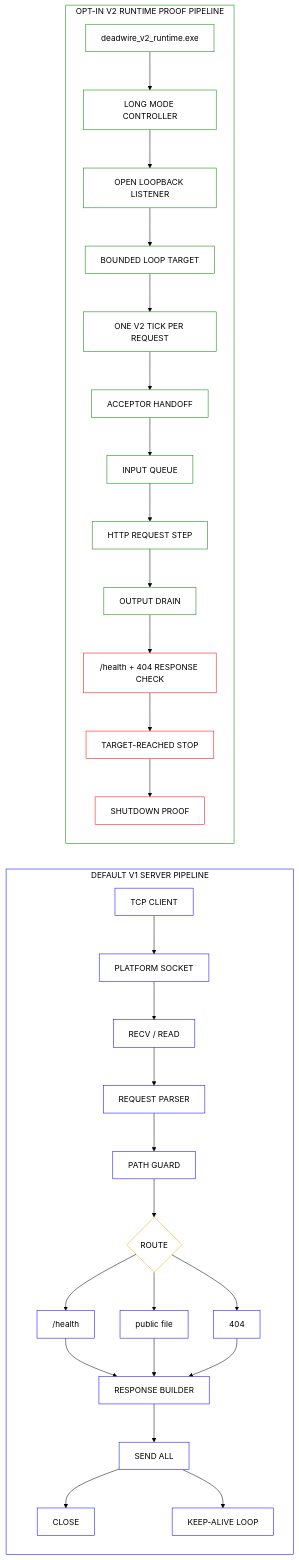
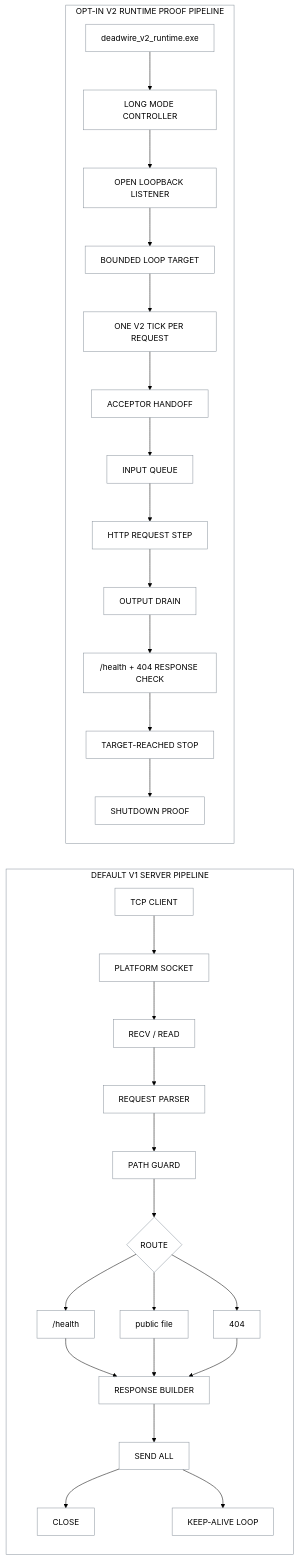
One commit to Deadbytes101/DEADWIRE-HTTPD changed the diagram in README.md. Above: the diagram before and after it, drawn with Mermaid (forest theme). The commit also changed 1 other file, not shown here.

Commit message:
v2 static response probe
* test: add v2 css response probe

* docs: make pipeline diagram transparent

````diff
--- a/README.md
+++ b/README.md
@@ -35,44 +35,43 @@
 ```mermaid
 flowchart LR
     subgraph V1["DEFAULT V1 SERVER PIPELINE"]
         CLIENT["TCP CLIENT"] --> SOCKET["PLATFORM SOCKET"]
         SOCKET --> RECV["RECV / READ"]
         RECV --> PARSE["REQUEST PARSER"]
         PARSE --> GUARD["PATH GUARD"]
         GUARD --> ROUTE{"ROUTE"}
         ROUTE --> HEALTH["/health"]
         ROUTE --> STATIC["public file"]
         ROUTE --> MISS["404"]
         HEALTH --> RESPONSE["RESPONSE BUILDER"]
         STATIC --> RESPONSE
         MISS --> RESPONSE
         RESPONSE --> SEND["SEND ALL"]
         SEND --> CLOSE["CLOSE"]
         SEND --> LOOP["KEEP-ALIVE LOOP"]
     end
 
     subgraph V2["OPT-IN V2 RUNTIME PROOF PIPELINE"]
         V2BOOT["deadwire_v2_runtime.exe"] --> V2LONG["LONG MODE CONTROLLER"]
         V2LONG --> V2LIVE["OPEN LOOPBACK LISTENER"]
         V2LIVE --> V2COUNT["BOUNDED LOOP TARGET"]
         V2COUNT --> V2TICK["ONE V2 TICK PER REQUEST"]
         V2TICK --> V2ACCEPT["ACCEPTOR HANDOFF"]
         V2ACCEPT --> V2QUEUE["INPUT QUEUE"]
         V2QUEUE --> V2HTTP["HTTP REQUEST STEP"]
         V2HTTP --> V2OUT["OUTPUT DRAIN"]
         V2OUT --> V2CHECK["/health + 404 RESPONSE CHECK"]
         V2CHECK --> V2STOP["TARGET-REACHED STOP"]
         V2STOP --> V2SHUT["SHUTDOWN PROOF"]
     end
 
-    classDef v1 fill:white,stroke:blue,color:black
-    classDef v2 fill:white,stroke:green,color:black
-    classDef route fill:white,stroke:orange,color:black
-    classDef stop fill:white,stroke:red,color:black
-    class CLIENT,SOCKET,RECV,PARSE,GUARD,HEALTH,STATIC,MISS,RESPONSE,SEND,CLOSE,LOOP v1
-    class V2BOOT,V2LONG,V2LIVE,V2COUNT,V2TICK,V2ACCEPT,V2QUEUE,V2HTTP,V2OUT v2
+    classDef lane fill:transparent,stroke:#8b949e,color:inherit
+    classDef route fill:transparent,stroke:#8b949e,color:inherit
+    classDef stop fill:transparent,stroke:#8b949e,color:inherit
+    class CLIENT,SOCKET,RECV,PARSE,GUARD,HEALTH,STATIC,MISS,RESPONSE,SEND,CLOSE,LOOP lane
+    class V2BOOT,V2LONG,V2LIVE,V2COUNT,V2TICK,V2ACCEPT,V2QUEUE,V2HTTP,V2OUT lane
     class ROUTE route
     class V2CHECK,V2STOP,V2SHUT stop
-    style V1 fill:white,stroke:blue,color:black
-    style V2 fill:white,stroke:green,color:black
+    style V1 fill:transparent,stroke:#8b949e,color:inherit
+    style V2 fill:transparent,stroke:#8b949e,color:inherit
 ```
````
